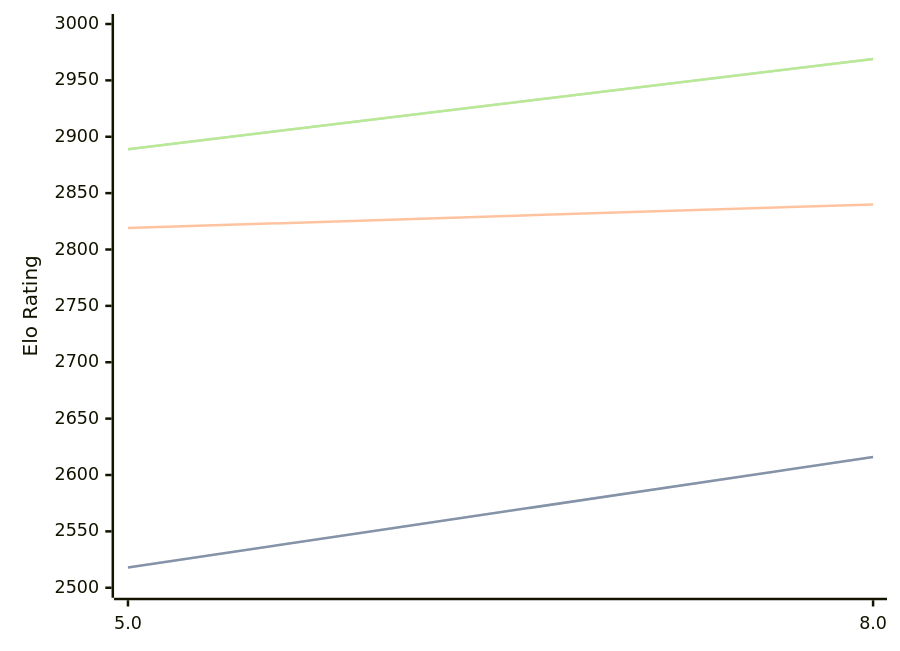
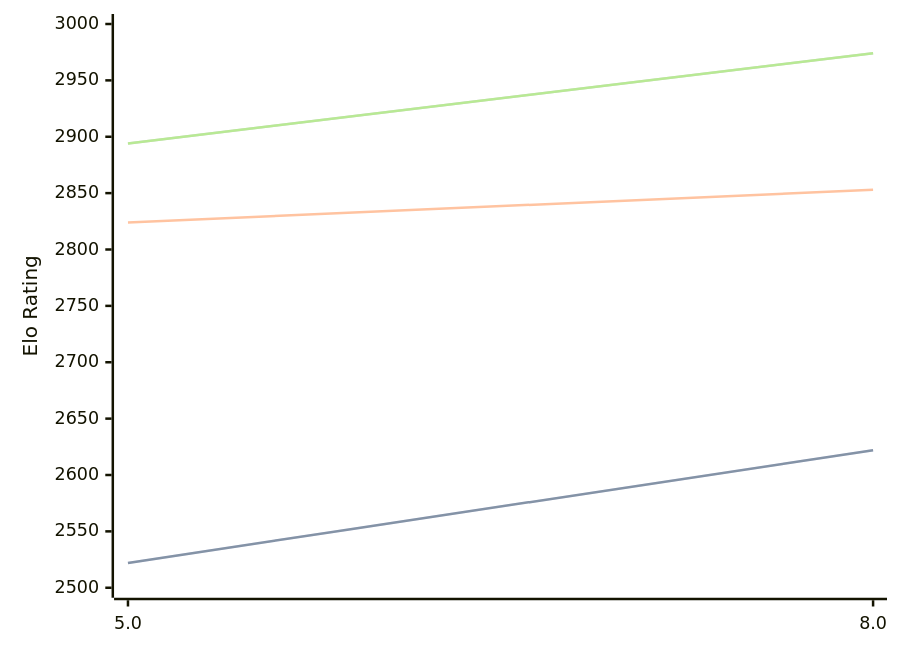
The diagram in engines/4kc.md (computer-chess-index/cci), drawn with Mermaid before and after one commit. The commit also changed other lines of this file, not shown here.

Commit message:
Update CCI Ratings (ELO VLTC) - 2026-04-14

````diff
--- a/engines/4kc.md
+++ b/engines/4kc.md
@@ -41,11 +41,11 @@
 ```mermaid
 %%{init: {"theme":"base","themeVariables":{"seriesColors:['#a3a3a3','#222221','#faa371']}}}%%
 xychart-beta
   x-axis ["5.0", "8.0"]
   y-axis "Elo Rating" 2500 --> 3000
-  line "STC (8.0+0.08s)" [2518, 2616]
-  line "STC (8.0+0.08s)" [2518, 2616]
-  line "LTC (60.0+0.60s)" [2819, 2840]
-  line "VLTC (2m24s+1.12s)" [2889, 2969]
-  line "VLTC (2m24s+1.12s)" [2889, 2969]
+  line "STC (8.0+0.08s)" [2522, 2622]
+  line "STC (8.0+0.08s)" [2522, 2622]
+  line "LTC (60.0+0.60s)" [2824, 2853]
+  line "VLTC (2m24s+1.12s)" [2894, 2974]
+  line "VLTC (2m24s+1.12s)" [2894, 2974]
 ```
````
